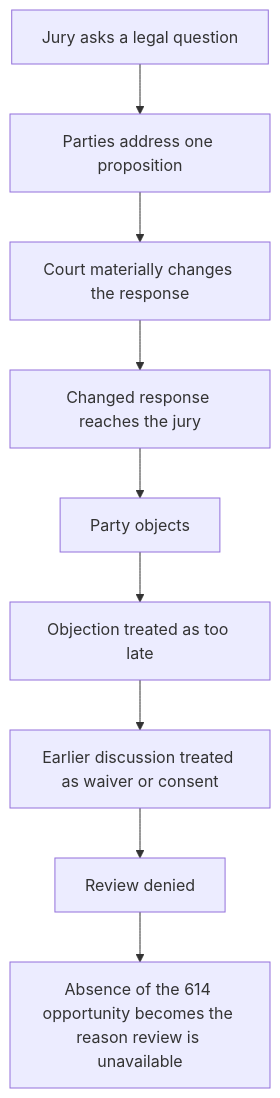
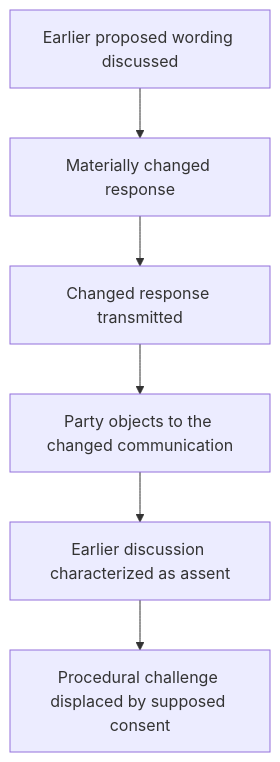
The sixth of 7 diagrams in QUESTION.md (SFCALEGAL/CSAA-ABDELHALIM-WONG-PSA-CSK), drawn with Mermaid before and after one commit. The commit also changed other lines of this file, not shown here.

First line of the commit message:
Enhance QUESTION.md to clarify procedural implications of jury responses

````diff
--- a/QUESTION.md
+++ b/QUESTION.md
@@ -554,11 +485,8 @@
 ```mermaid
 flowchart TD
-  A[Jury asks a legal question] --> B[Parties address one proposition]
-  B --> C[Court materially changes the response]
-  C --> D[Changed response reaches the jury]
-  D --> E[Party objects]
-  E --> F[Objection treated as too late]
-  F --> G[Earlier discussion treated as waiver or consent]
-  G --> H[Review denied]
-  H --> I[Absence of the 614 opportunity becomes the reason review is unavailable]
+  A[Earlier proposed wording discussed] --> B[Materially changed response]
+  B --> C[Changed response transmitted]
+  C --> D[Party objects to the changed communication]
+  D --> E[Earlier discussion characterized as assent]
+  E --> F[Procedural challenge displaced by supposed consent]
 ```
````
